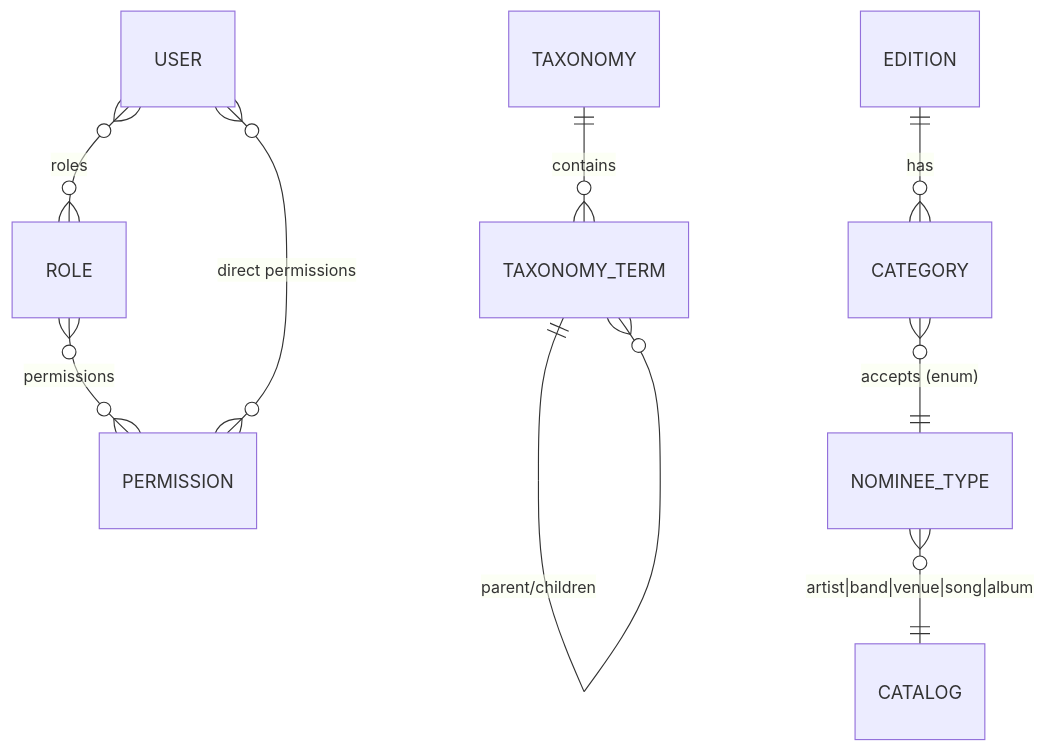
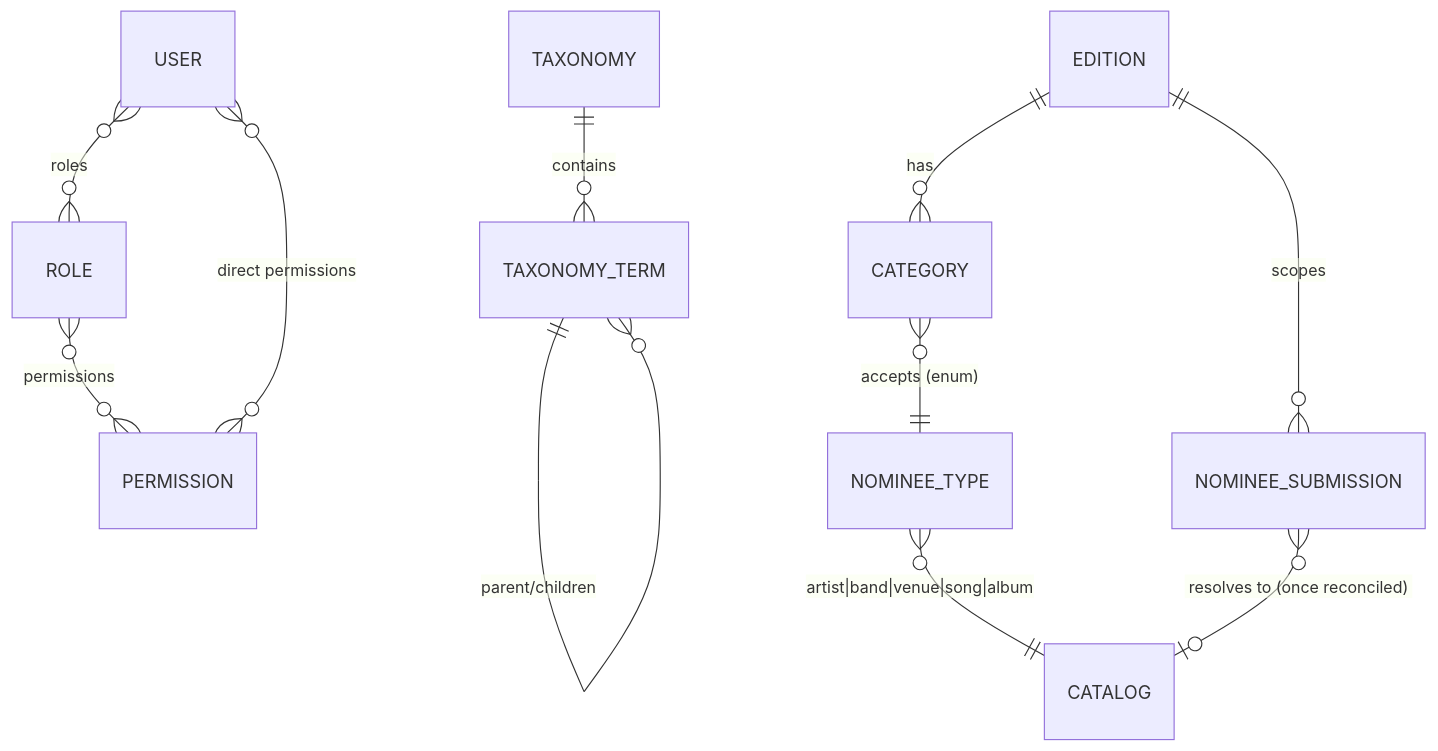
One commit to soma-labs/rominas-api changed the first of 8 diagrams in docs/domain-model.md. Above: the diagram before and after it, drawn with Mermaid. The commit also changed other lines of this file, not shown here.

First line of the commit message:
Show NomineeSubmission's relationships in the domain-model docs

````diff
--- a/docs/domain-model.md
+++ b/docs/domain-model.md
@@ -25,13 +25,16 @@
 ```mermaid
 erDiagram
     USER }o--o{ ROLE : "roles"
     ROLE }o--o{ PERMISSION : "permissions"
     USER }o--o{ PERMISSION : "direct permissions"
 
     TAXONOMY ||--o{ TAXONOMY_TERM : "contains"
     TAXONOMY_TERM ||--o{ TAXONOMY_TERM : "parent/children"
 
     EDITION ||--o{ CATEGORY : "has"
     CATEGORY }o--|| NOMINEE_TYPE : "accepts (enum)"
     NOMINEE_TYPE }o--|| CATALOG : "artist|band|venue|song|album"
+
+    EDITION ||--o{ NOMINEE_SUBMISSION : "scopes"
+    NOMINEE_SUBMISSION }o--o| CATALOG : "resolves to (once reconciled)"
 ```
````
